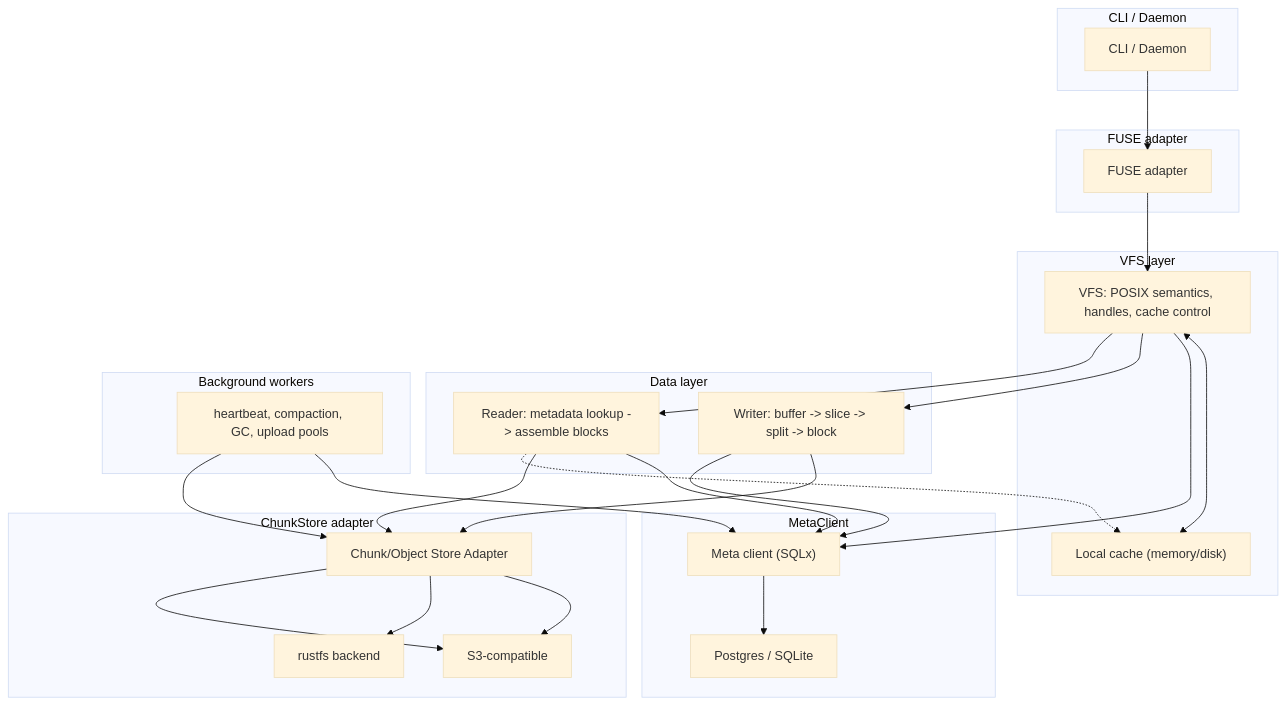
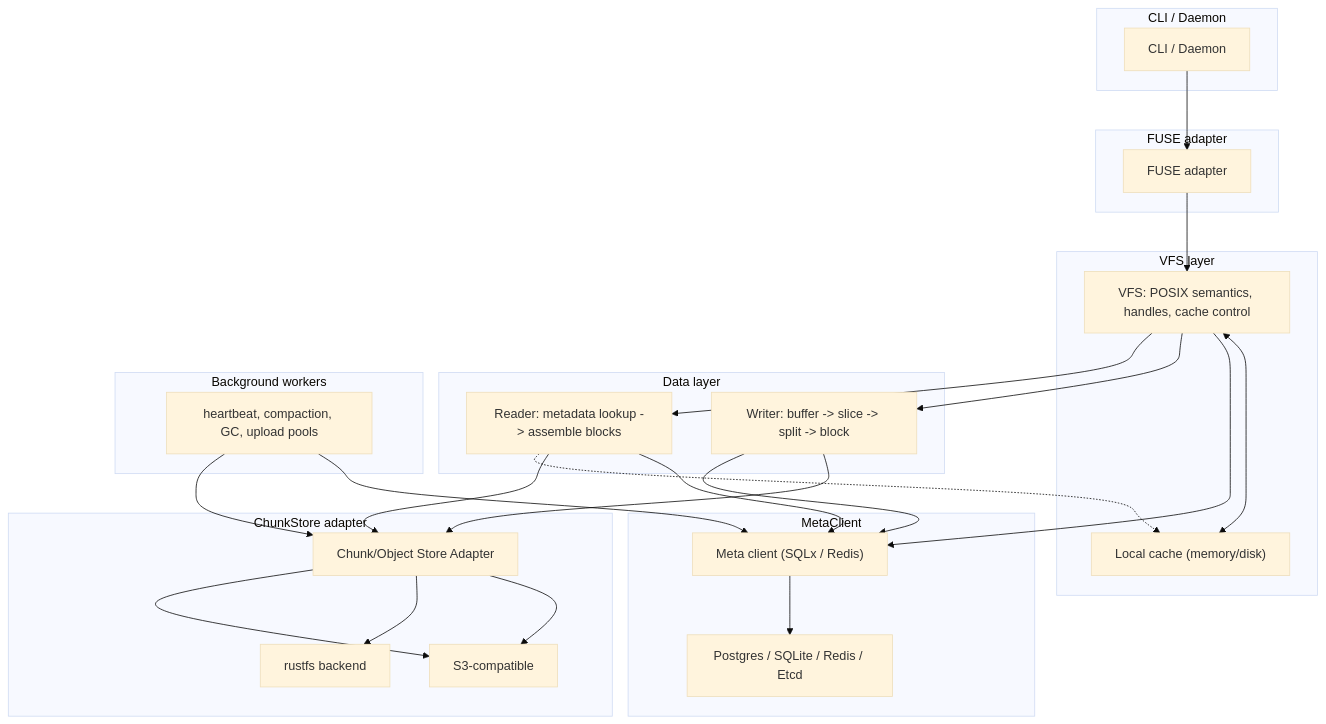
One commit to rk8s-dev/rk8s changed the diagram in project/slayerfs/doc/arch.md. Above: the diagram before and after it, drawn with Mermaid (base theme). The commit also changed other lines of this file and 11 other files, not shown here.

````diff
--- a/project/slayerfs/doc/arch.md
+++ b/project/slayerfs/doc/arch.md
@@ -42,59 +42,59 @@
 ```mermaid
 flowchart TD
 	subgraph App["CLI / Daemon"]
 		CLI["CLI / Daemon"]
 	end
 
 	subgraph Fuse["FUSE adapter"]
 		FUSE["FUSE adapter"]
 	end
 
 	subgraph VFS["VFS layer"]
 		VFSCore["VFS: POSIX semantics, handles, cache control"]
 		Cache["Local cache (memory/disk)"]
 	end
 
 	subgraph Meta["MetaClient"]
-		MetaClient["Meta client (SQLx)"]
-		DB["Postgres / SQLite"]
+		MetaClient["Meta client (SQLx / Redis)"]
+		DB["Postgres / SQLite / Redis / Etcd"]
 	end
 
 	subgraph Data["Data layer"]
 		Writer["Writer: buffer -> slice -> split -> block"]
 		Reader["Reader: metadata lookup -> assemble blocks"]
 	end
 
 	subgraph Adapter["ChunkStore adapter"]
 		CAdapter["Chunk/Object Store Adapter"]
 		S3["S3-compatible"]
 		Rustfs["rustfs backend"]
 	end
 
 	subgraph BG["Background workers"]
 		Workers["heartbeat, compaction, GC, upload pools"]
 	end
 
 	%% App entry
 	CLI --> FUSE --> VFSCore
 
 	%% VFS interactions
 	VFSCore <--> Cache
 	VFSCore --> MetaClient
 	MetaClient --> DB
 
 	%% Write path
 	VFSCore --> Writer
 	Writer --> CAdapter --> S3
 	CAdapter --> Rustfs
 	Writer --> MetaClient
 
 	%% Read path
 	VFSCore --> Reader
 	Reader --> MetaClient
 	Reader --> CAdapter --> S3
 	Reader -.-> Cache
 
 	%% Background workers
 	Workers --> MetaClient
 	Workers --> CAdapter
 ```
````
